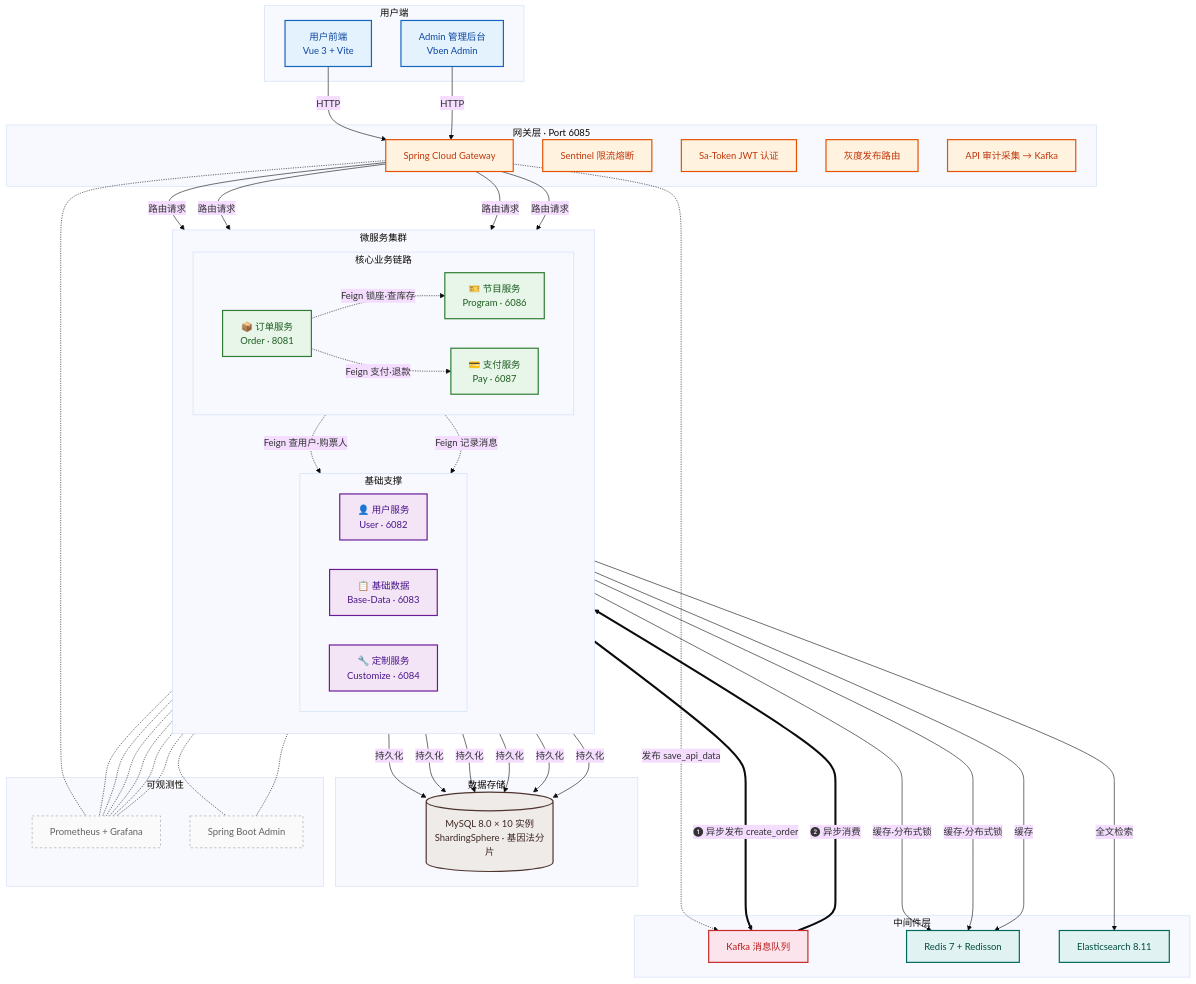
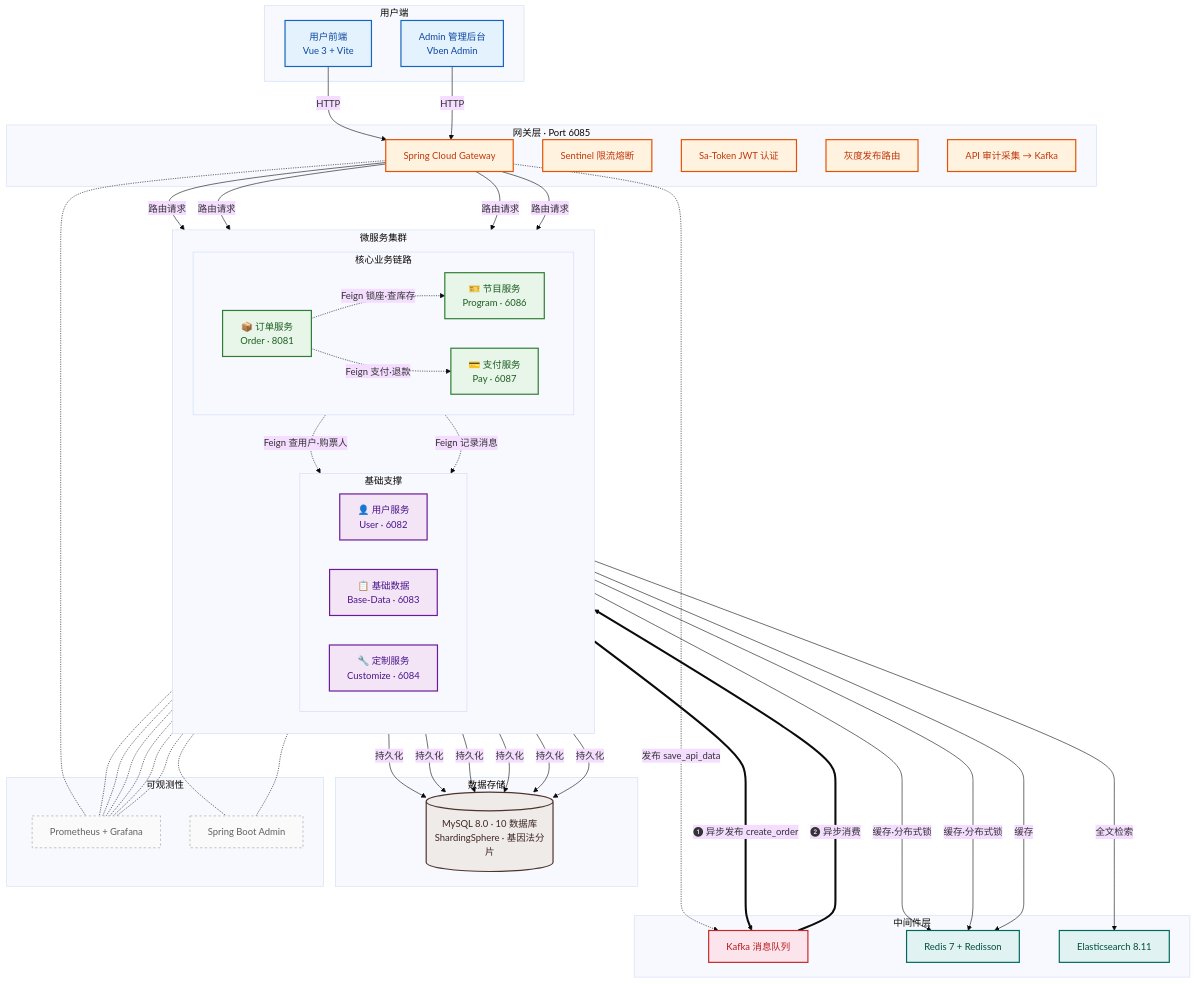
The second of 3 diagrams in README.md (zhentaozhang/ticketflow), drawn with Mermaid (base theme) before and after one commit. The commit also changed other lines of this file, not shown here.

Commit message:
docs: sync README sharding facts with current 2db8t config

```diff
--- a/README.md
+++ b/README.md
@@ -186,7 +186,7 @@
 
     %% ==================== 数据存储 ====================
     subgraph Storage[数据存储]
-        DB[(MySQL 8.0 × 10 实例<br/>ShardingSphere · 基因法分片)]:::storage
+        DB[(MySQL 8.0 · 10 数据库<br/>ShardingSphere · 基因法分片)]:::storage
     end
 
     %% ==================== 可观测性 ====================
```
